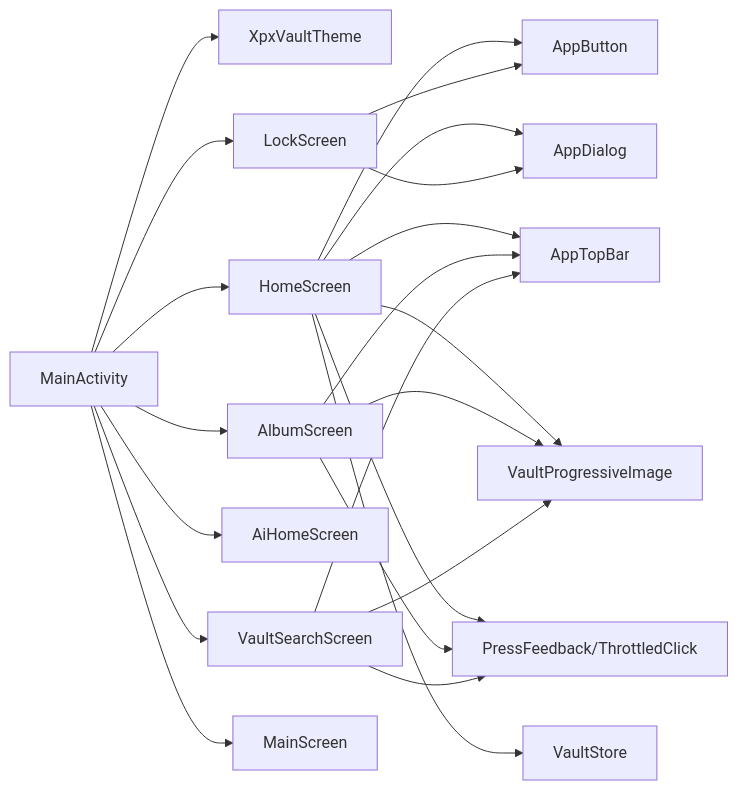
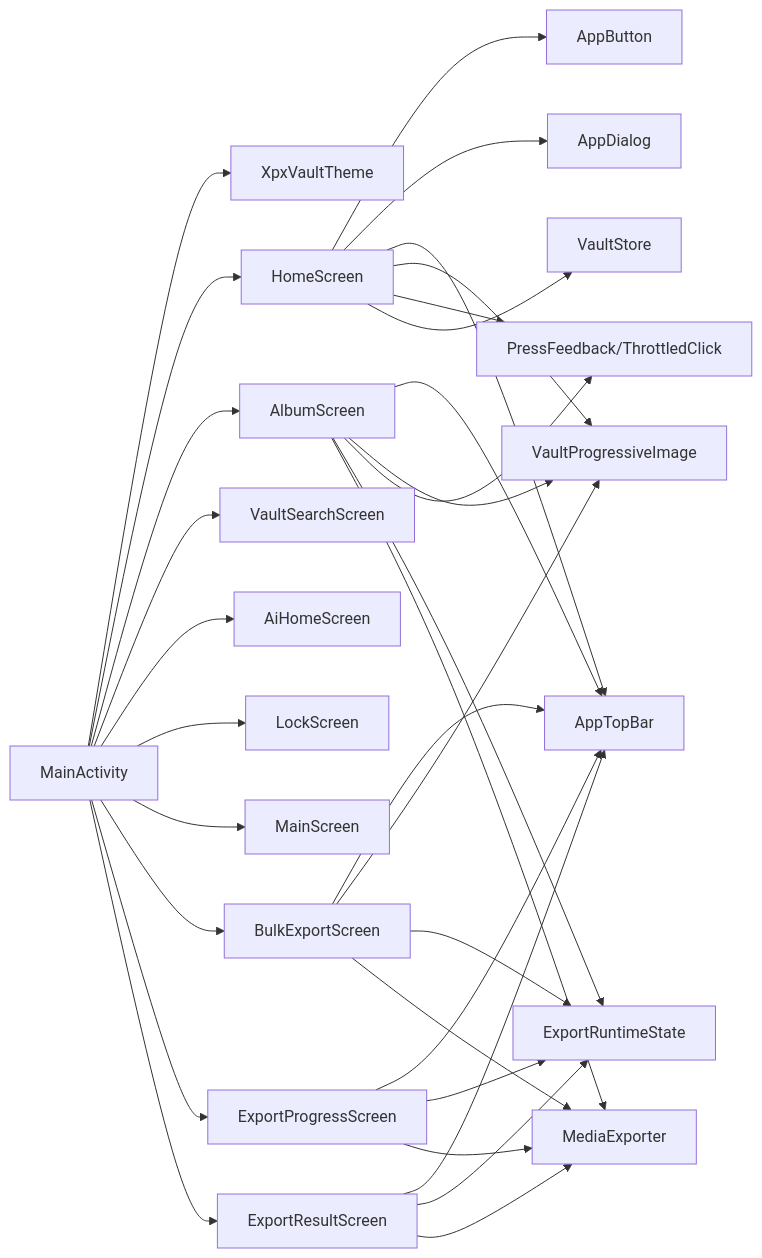
Diagram 13 of 13 in .qoder/repowiki/zh/content/UI组件系统/UI组件系统.md (wanhongbo/ai-photo-vault), drawn with Mermaid before and after one commit. The commit also changed other lines of this file and 22 other files, not shown here.

````diff
--- a/.qoder/repowiki/zh/content/UI组件系统/UI组件系统.md
+++ b/.qoder/repowiki/zh/content/UI组件系统/UI组件系统.md
@@ -386,24 +638,34 @@
 ```mermaid
 graph LR
 MA["MainActivity"] --> THEME["XpxVaultTheme"]
 MA --> HOME["HomeScreen"]
 MA --> ALBUM["AlbumScreen"]
 MA --> SEARCH["VaultSearchScreen"]
 MA --> AI["AiHomeScreen"]
 MA --> LOCK["LockScreen"]
 MA --> MAIN["MainScreen"]
+MA --> BULK["BulkExportScreen"]
+MA --> PROGRESS["ExportProgressScreen"]
+MA --> RESULT["ExportResultScreen"]
 HOME --> BTN["AppButton"]
 HOME --> DLG["AppDialog"]
 HOME --> TOPBAR["AppTopBar"]
 HOME --> PROGIMG["VaultProgressiveImage"]
 HOME --> FEED["PressFeedback/ThrottledClick"]
 ALBUM --> TOPBAR
 ALBUM --> PROGIMG
 ALBUM --> FEED
-SEARCH --> TOPBAR
-SEARCH --> PROGIMG
-SEARCH --> FEED
-LOCK --> BTN
-LOCK --> DLG
+ALBUM --> RUNTIME["ExportRuntimeState"]
+ALBUM --> EXPORTER["MediaExporter"]
+BULK --> TOPBAR
+BULK --> PROGIMG
+BULK --> RUNTIME
+BULK --> EXPORTER
+PROGRESS --> TOPBAR
+PROGRESS --> RUNTIME
+PROGRESS --> EXPORTER
+RESULT --> TOPBAR
+RESULT --> RUNTIME
+RESULT --> EXPORTER
 HOME --> VAULT["VaultStore"]
 ```
````
